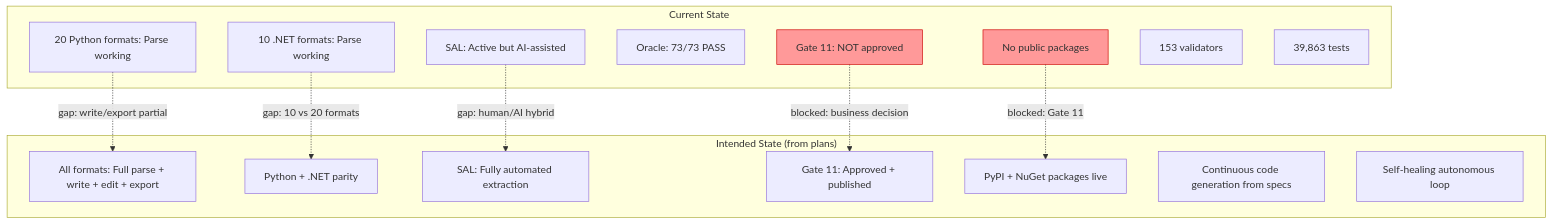
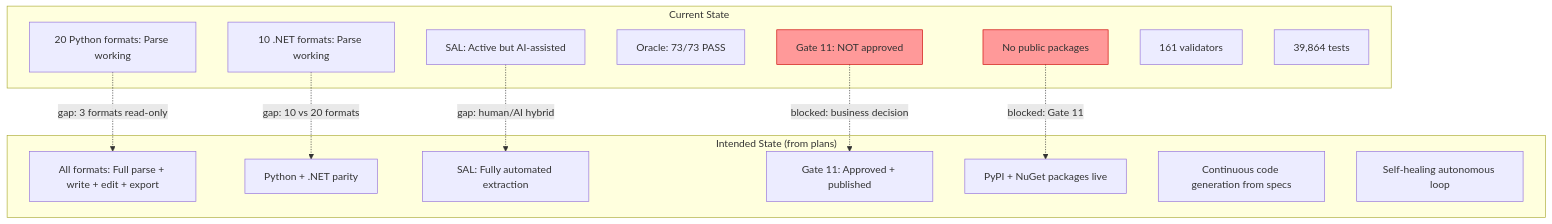
One commit to babar-raza/format-factory changed diagram 18 of 18 in docs/system-recon/FF-DEEP-RECON-20260705-052931/02-SYSTEM-ARCHITECTURE-AND-DIAGRAMS.md. Above: the diagram before and after it, drawn with Mermaid. The commit also changed other lines of this file and 6 other files, not shown here.

````diff
--- a/docs/system-recon/FF-DEEP-RECON-20260705-052931/02-SYSTEM-ARCHITECTURE-AND-DIAGRAMS.md
+++ b/docs/system-recon/FF-DEEP-RECON-20260705-052931/02-SYSTEM-ARCHITECTURE-AND-DIAGRAMS.md
@@ -627,32 +631,32 @@
 ```mermaid
 flowchart TB
     subgraph Current["Current State"]
         C1["20 Python formats: Parse working"]
         C2["10 .NET formats: Parse working"]
         C3["SAL: Active but AI-assisted"]
         C4["Oracle: 73/73 PASS"]
         C5["Gate 11: NOT approved"]
         C6["No public packages"]
-        C7["153 validators"]
-        C8["39,863 tests"]
+        C7["161 validators"]
+        C8["39,864 tests"]
     end
 
     subgraph Intended["Intended State (from plans)"]
         I1["All formats: Full parse + write + edit + export"]
         I2["Python + .NET parity"]
         I3["SAL: Fully automated extraction"]
         I4["Gate 11: Approved + published"]
         I5["PyPI + NuGet packages live"]
         I6["Continuous code generation from specs"]
         I7["Self-healing autonomous loop"]
     end
 
-    C1 -.->|gap: write/export partial| I1
+    C1 -.->|gap: 3 formats read-only| I1
     C2 -.->|gap: 10 vs 20 formats| I2
     C3 -.->|gap: human/AI hybrid| I3
     C5 -.->|blocked: business decision| I4
     C6 -.->|blocked: Gate 11| I5
 
     style C5 fill:#f99,stroke:#c00
     style C6 fill:#f99,stroke:#c00
 ```
````
